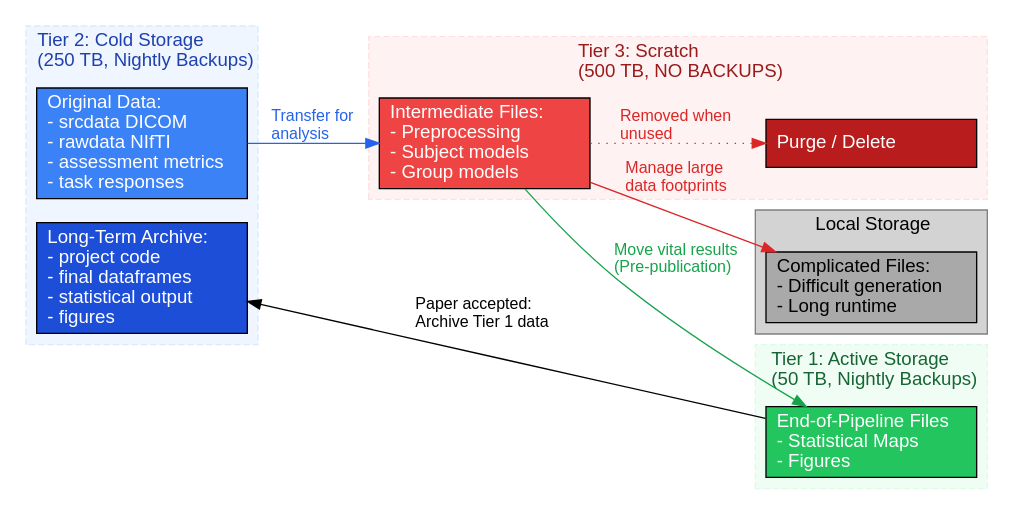
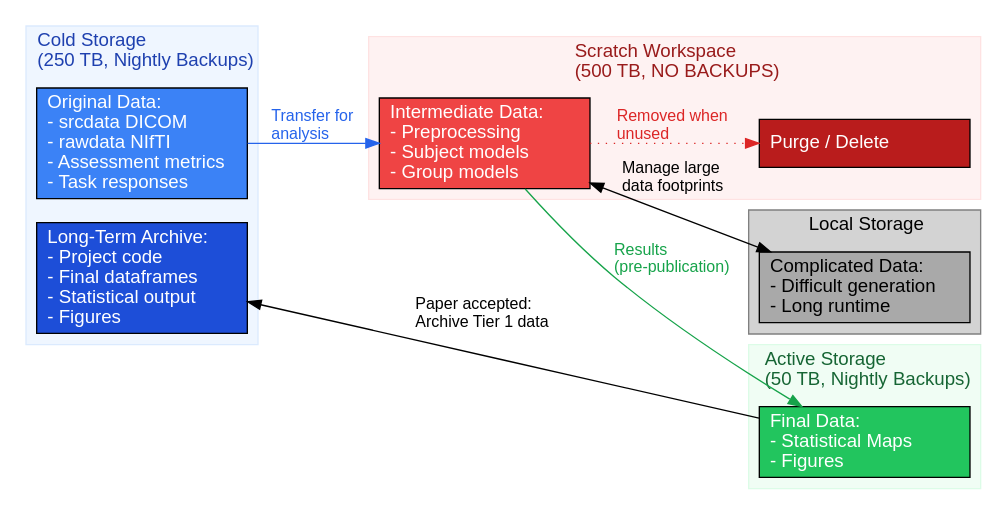
Before and after one commit to ND-HNC/website: the diagram in pages/storage.qmd, drawn with Graphviz. The commit also changed other lines of this file and 37 other files, not shown here.

````diff
--- a/pages/storage.qmd
+++ b/pages/storage.qmd
@@ -33,70 +43,72 @@
 ```{dot}
+//| fig-width: 9
+//| fig-height: 6
 digraph NDHNC_Data_Flow {
     // General graph settings
     fontname="Helvetica,Arial,sans-serif";
     node [fontname="Helvetica,Arial,sans-serif", shape=box, style="filled", width=2.2];
     edge [fontname="Helvetica,Arial,sans-serif", fontsize=12];
     rankdir=LR; // Left-to-right flow
 
     // Tier 2: Cold Storage (Blue Theme)
     subgraph cluster_tier2 {
-        label = "Tier 2: Cold Storage\l(250 TB, Nightly Backups)\l";
-        style = "filled,dashed";
+        label = "Cold Storage\l(250 TB, Nightly Backups)\l";
+        style = "filled";
         color = "#dbeafe";
         fillcolor = "#eff6ff";
         fontcolor = "#1e40af";
 
-        tier2_raw [label="Original Data:\l- srcdata DICOM\l- rawdata NIfTI\l- assessment metrics\l- task responses\l", fillcolor="#3b82f6", fontcolor="white"];
-        tier2_archive [label="Long-Term Archive:\l- project code\l- final dataframes\l- statistical output\l- figures\l", fillcolor="#1d4ed8", fontcolor="white"];
+        tier2_raw [label="Original Data:\l- srcdata DICOM\l- rawdata NIfTI\l- Assessment metrics\l- Task responses\l", fillcolor="#3b82f6", fontcolor="white"];
+        tier2_archive [label="Long-Term Archive:\l- Project code\l- Final dataframes\l- Statistical output\l- Figures\l", fillcolor="#1d4ed8", fontcolor="white"];
     }
 
     // Tier 3: Scratch Workspace (Red/Orange Theme - No Backups)
     subgraph cluster_tier3 {
-        label = "Tier 3: Scratch\l(500 TB, NO BACKUPS)\l";
-        style = "filled,dashed";
+        label = "Scratch Workspace\l(500 TB, NO BACKUPS)\l";
+        style = "filled";
         color = "#fee2e2";
         fillcolor = "#fef2f2";
         fontcolor = "#991b1b";
 
-        tier3_proc [label="Intermediate Files:\l- Preprocessing\l- Subject models\l- Group models\l", fillcolor="#ef4444", fontcolor="white"];
+        tier3_proc [label="Intermediate Data:\l- Preprocessing\l- Subject models\l- Group models\l", fillcolor="#ef4444", fontcolor="white"];
         tier3_trash [label="Purge / Delete\l", shape=box, fillcolor="#b91c1c", fontcolor="white"];
     }
 
     // Local store
     subgraph cluster_local {
         label = "Local Storage\l";
         style = "filled";
         color = "gray";
         fillcolor = "lightgray";
         fontcolor = "black";
 
-        local_store [label="Complicated Files:\l- Difficult generation\l- Long runtime\l", fillcolor="darkgray", fontcolor="black"];
+        local_store [label="Complicated Data:\l- Difficult generation\l- Long runtime\l", fillcolor="darkgray", fontcolor="black"];
     }
 
     // Tier 1: Active Storage (Green Theme)
     subgraph cluster_tier1 {
-        label = "Tier 1: Active Storage\l(50 TB, Nightly Backups)\l";
-        style = "filled,dashed";
+        label = "Active Storage\l(50 TB, Nightly Backups)\l";
+        style = "filled";
         color = "#dcfce7";
         fillcolor = "#f0fdf4";
         fontcolor = "#166534";
 
-        tier1_active [label="End-of-Pipeline Files\l- Statistical Maps\l- Figures\l", fillcolor="#22c55e", fontcolor="white"];
+        tier1_active [label="Final Data:\l- Statistical Maps\l- Figures\l", fillcolor="#22c55e", fontcolor="white"];
     }
 
     // Data Flow Connections (Edges)
 
     // 1. Initial transfer for processing
     tier2_raw -> tier3_proc [label=" Transfer for\l analysis\l", color="#2563eb", fontcolor="#2563eb", weight=2];
 
     // 2. Moving important results to Tier 1
-    tier3_proc -> tier1_active [label=" Move vital results\l (Pre-publication)\l", color="#16a34a", fontcolor="#16a34a", weight=2];
+    tier3_proc -> tier1_active [label=" Results\l (pre-publication)\l", color="#16a34a", fontcolor="#16a34a", weight=2];
 
     // 3. Cleanup of intermediates
     tier3_proc -> tier3_trash [label=" Removed when\l unused\l", color="#dc2626", fontcolor="#dc2626", style="dotted"];
-    tier3_proc -> local_store [label=" Manage large\l data footprints\l", color="#dc2626", fontcolor="#dc2626"];
+    tier3_proc -> local_store [label=" Manage large\l data footprints\l", color="black", fontcolor="black", dir="both"];
 
     // 4. Post-publication archiving
     tier1_active -> tier2_archive [label=" Paper accepted:\l Archive Tier 1 data\l", color="black", fontcolor="black"];
 }
 ```
````
